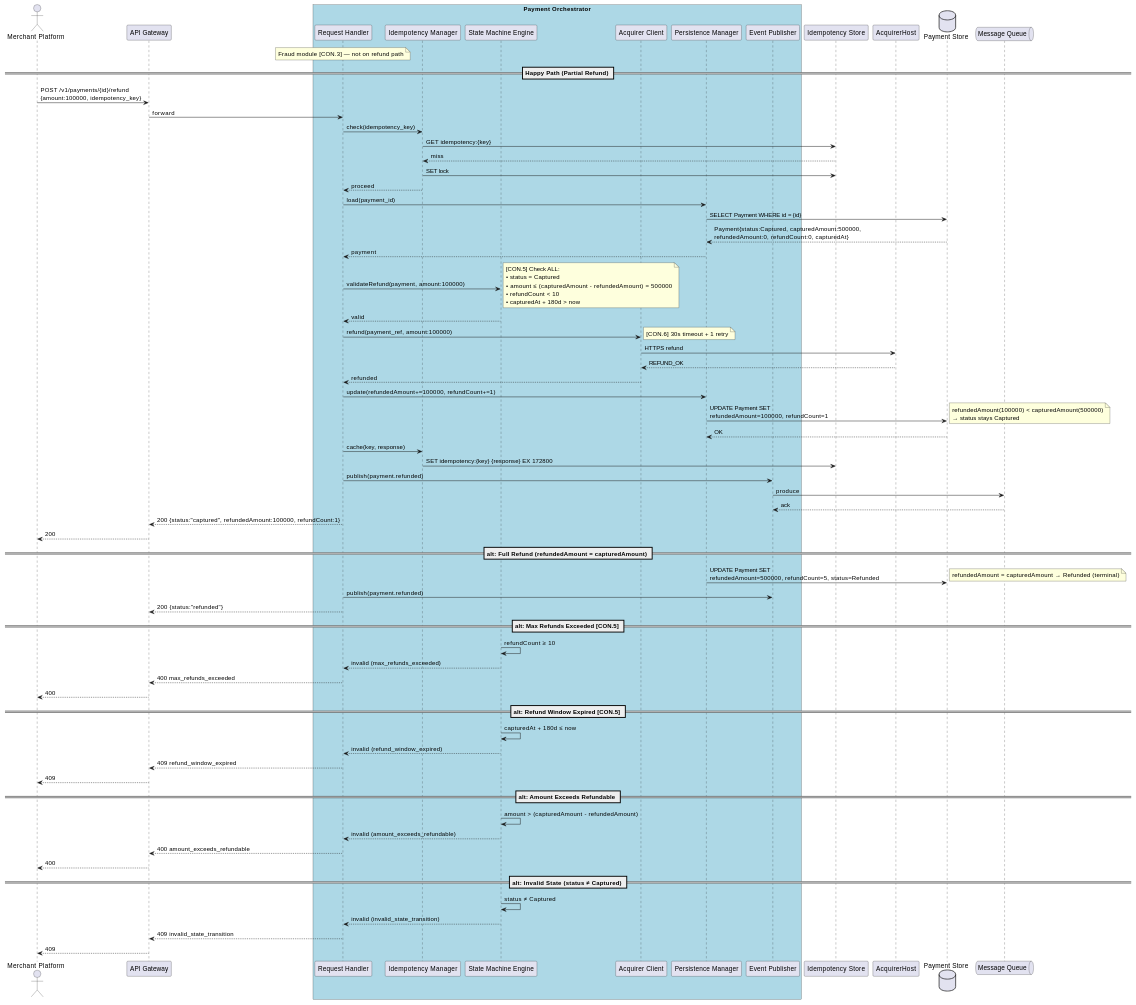
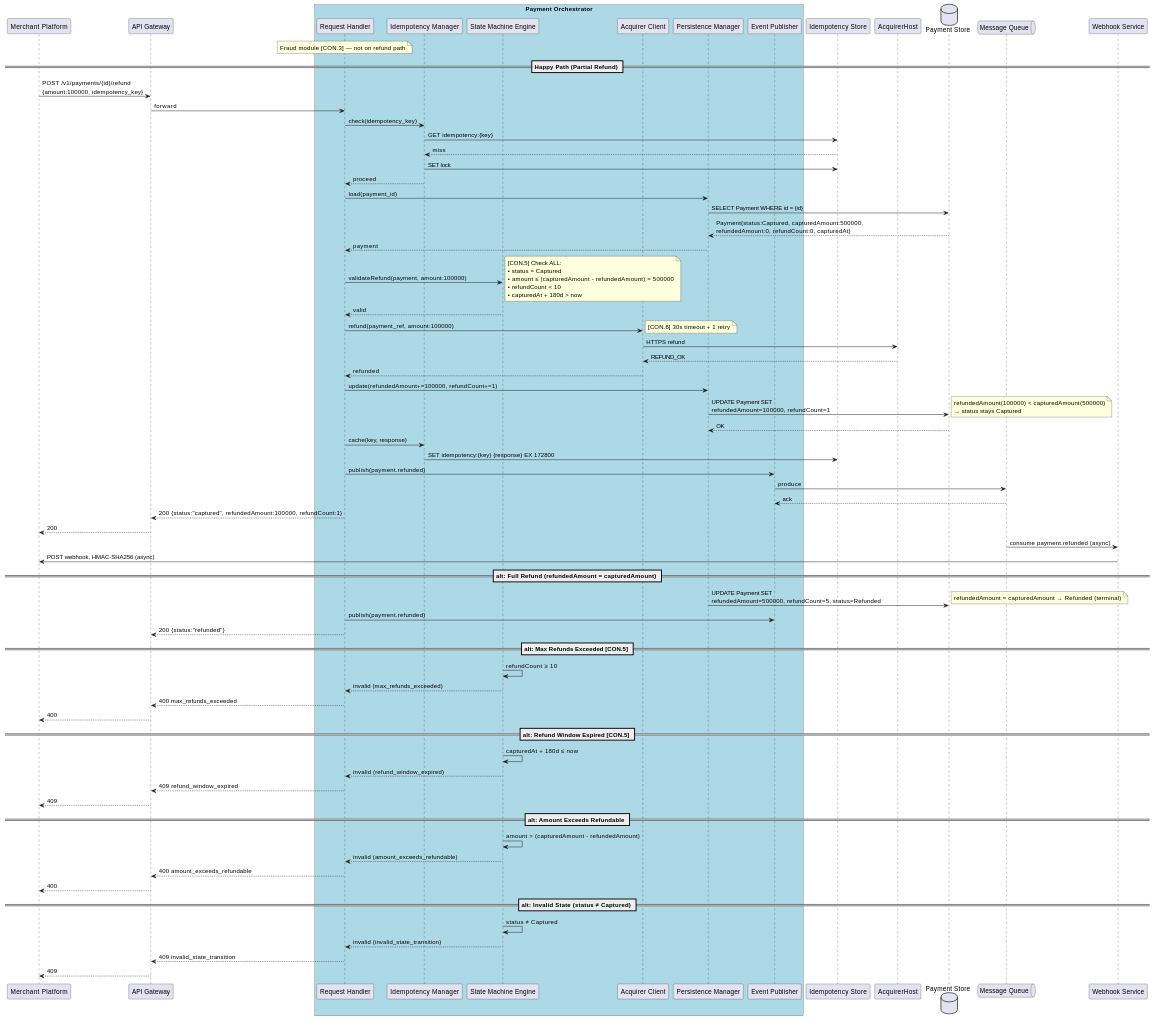
One commit to manhtienptit/team3 changed the third of 3 diagrams in Lb/Lab10-UML-Named-UseCases.md. Above: the diagram before and after it, drawn with PlantUML. The commit also changed other lines of this file, not shown here.

````diff
--- a/Lb/Lab10-UML-Named-UseCases.md
+++ b/Lb/Lab10-UML-Named-UseCases.md
@@ -298,6 +312,6 @@
 ```plantuml
 @startuml
-actor "Merchant Platform" as Merchant
+participant "Merchant Platform" as Merchant
 participant "API Gateway" as APIGW
 box "Payment Orchestrator" #LightBlue
   participant "Request Handler" as ReqHandler
@@ -311,6 +325,7 @@
 participant "AcquirerHost" as Acquirer
 database "Payment Store" as PG
 queue "Message Queue" as MQ
+participant "Webhook Service" as Webhook
 
 note over ReqHandler: Fraud module [CON.3] — not on refund path
 
@@ -361,6 +376,8 @@
 
 ReqHandler --> APIGW : 200 {status:"captured", refundedAmount:100000, refundCount:1}
 APIGW --> Merchant : 200
+MQ -> Webhook : consume payment.refunded (async)
+Webhook -> Merchant : POST webhook, HMAC-SHA256 (async)
 
 == alt: Full Refund (refundedAmount = capturedAmount) ==
 
````
